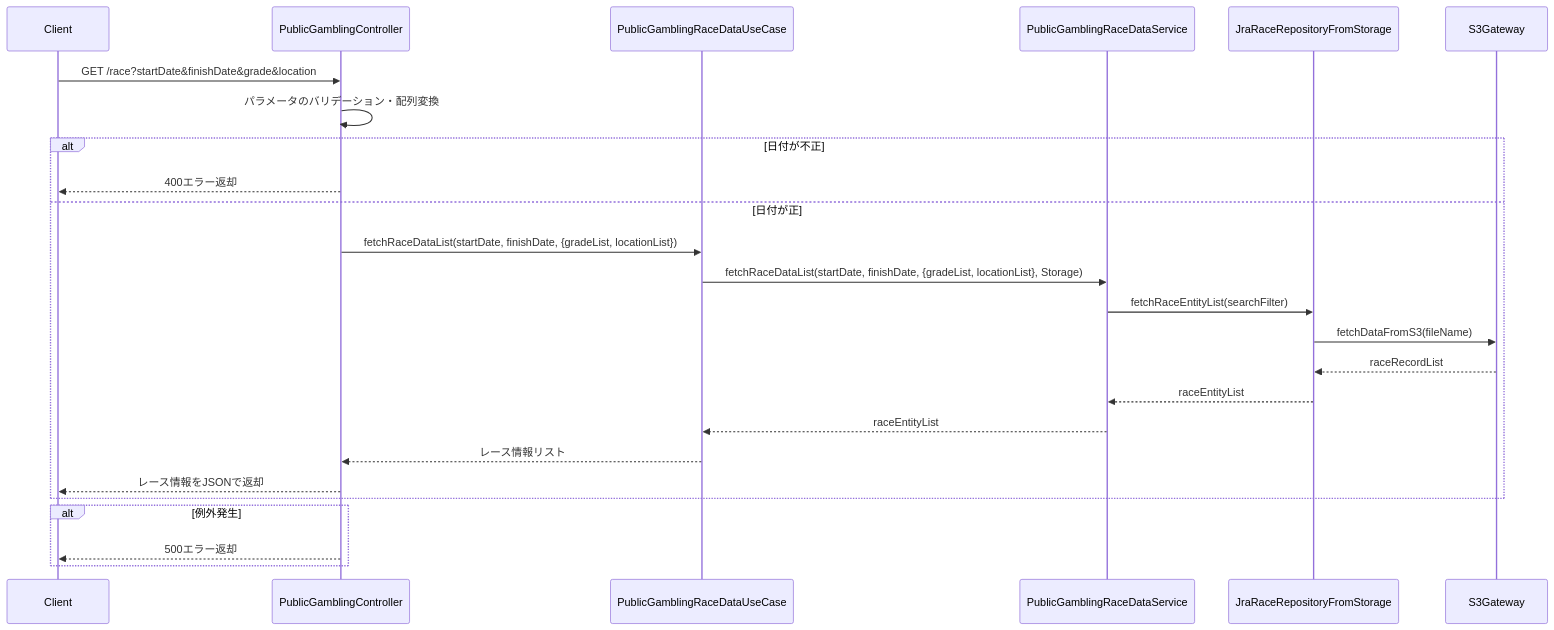
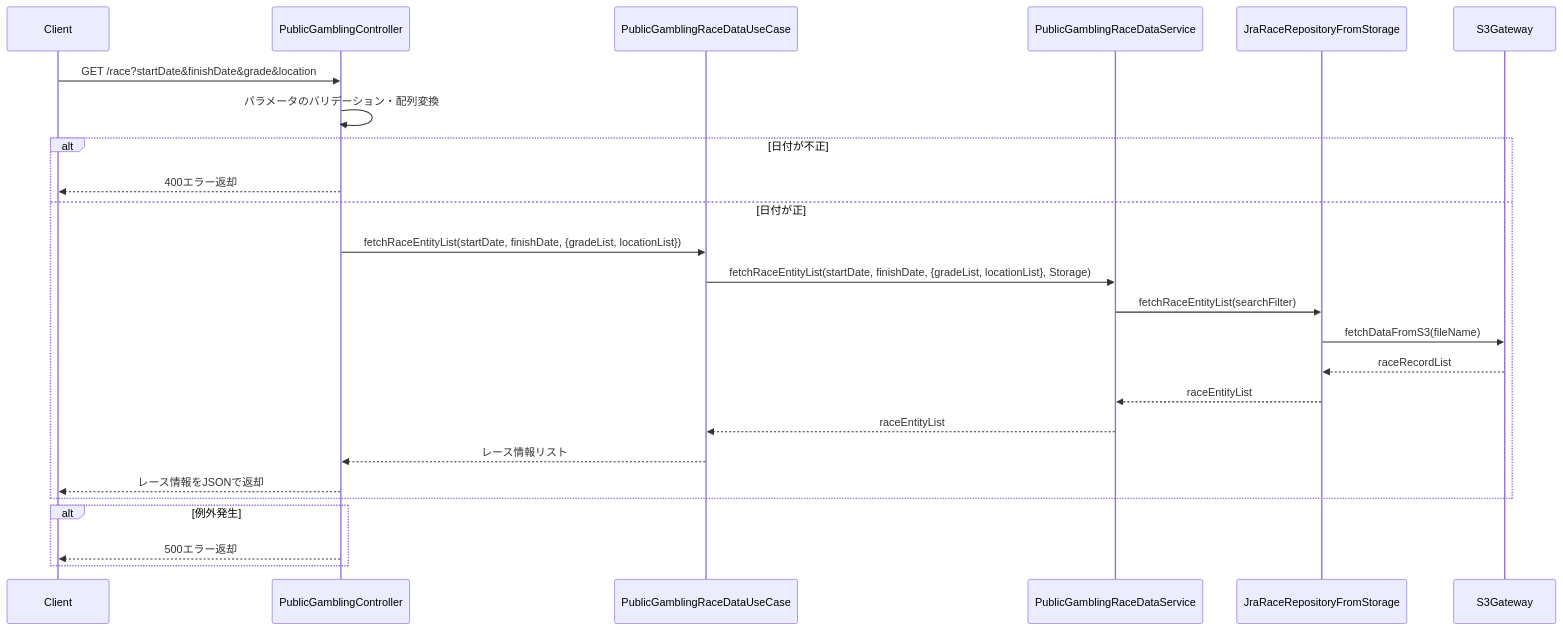
One commit to taichi6930/race-schedule-api changed the diagram in document/detail-design/sequence/publicGambling/getRaceEntityList.md. Above: the diagram before and after it, drawn with Mermaid. The commit also changed other lines of this file and 5 other files, not shown here.

Commit message:
refactor: fetchRaceDataListをfetchRaceEntityListに名称変更し、関連するリポジトリの処理を統一。シーケンス図のタイトルも修正。

````diff
--- a/document/detail-design/sequence/publicGambling/getRaceEntityList.md
+++ b/document/detail-design/sequence/publicGambling/getRaceEntityList.md
@@ -3,28 +3,28 @@
 ```mermaid
 sequenceDiagram
     participant Client
     participant PublicGamblingController
     participant PublicGamblingRaceDataUseCase
     participant PublicGamblingRaceDataService
     participant JraRaceRepositoryFromStorage
     participant S3Gateway
 
     Client->>PublicGamblingController: GET /race?startDate&finishDate&grade&location
     PublicGamblingController->>PublicGamblingController: パラメータのバリデーション・配列変換
     alt 日付が不正
         PublicGamblingController-->>Client: 400エラー返却
     else 日付が正
-        PublicGamblingController->>PublicGamblingRaceDataUseCase: fetchRaceDataList(startDate, finishDate, {gradeList, locationList})
-        PublicGamblingRaceDataUseCase->>PublicGamblingRaceDataService: fetchRaceDataList(startDate, finishDate, {gradeList, locationList}, Storage)
+        PublicGamblingController->>PublicGamblingRaceDataUseCase: fetchRaceEntityList(startDate, finishDate, {gradeList, locationList})
+        PublicGamblingRaceDataUseCase->>PublicGamblingRaceDataService: fetchRaceEntityList(startDate, finishDate, {gradeList, locationList}, Storage)
         PublicGamblingRaceDataService->>JraRaceRepositoryFromStorage: fetchRaceEntityList(searchFilter)
         JraRaceRepositoryFromStorage->>S3Gateway: fetchDataFromS3(fileName)
         S3Gateway-->>JraRaceRepositoryFromStorage: raceRecordList
         JraRaceRepositoryFromStorage-->>PublicGamblingRaceDataService: raceEntityList
         PublicGamblingRaceDataService-->>PublicGamblingRaceDataUseCase: raceEntityList
         PublicGamblingRaceDataUseCase-->>PublicGamblingController: レース情報リスト
         PublicGamblingController-->>Client: レース情報をJSONで返却
     end
     alt 例外発生
         PublicGamblingController-->>Client: 500エラー返却
     end
 ```
````
